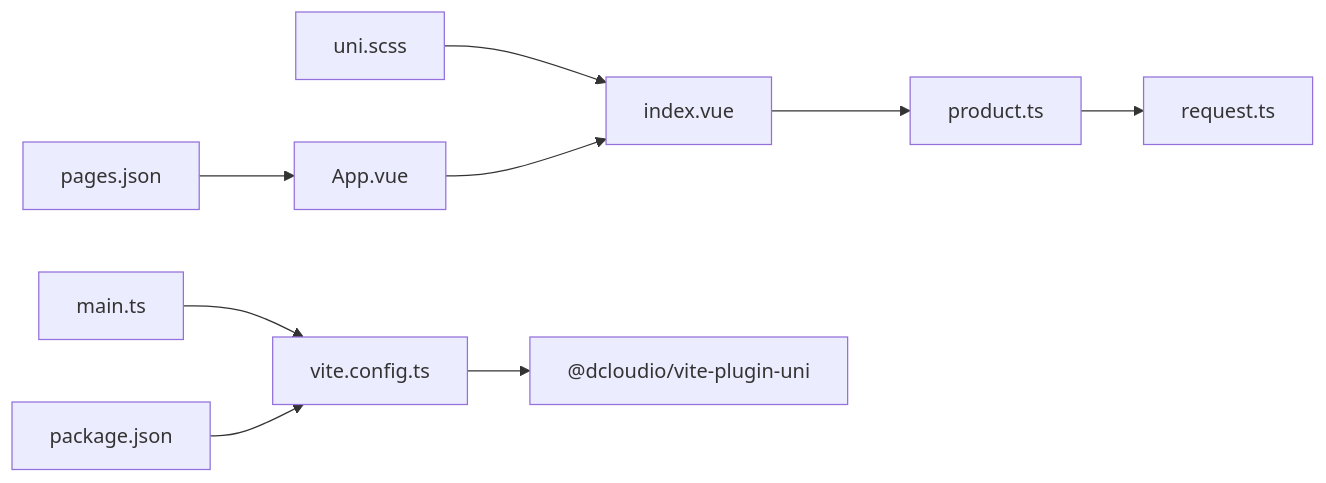
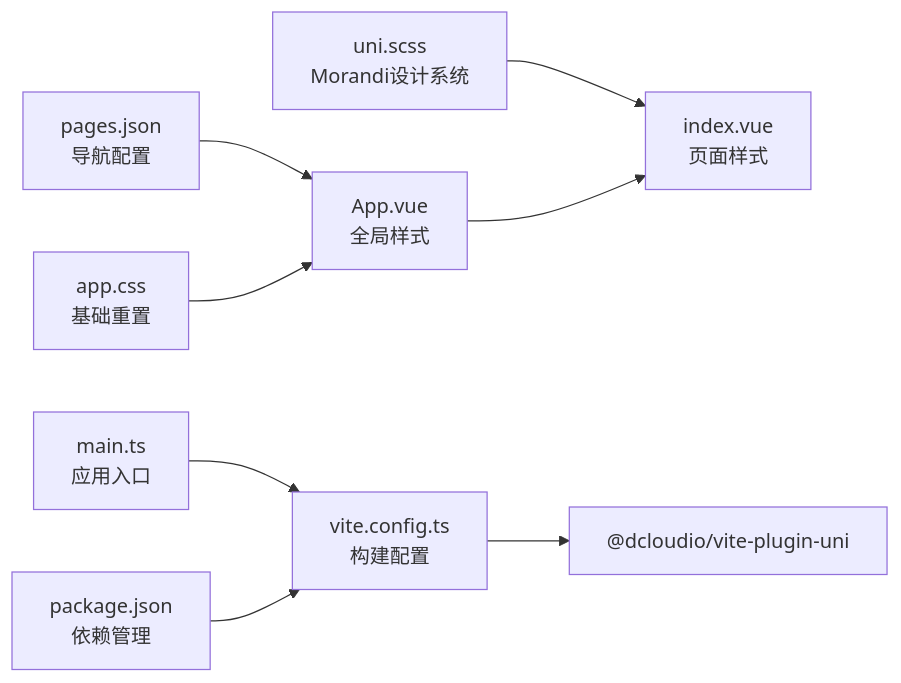
One commit to QtImM/wechatMiniprogram_Store changed the fourth of 4 diagrams in .qoder/repowiki/zh/content/前端架构设计/UI样式系统.md. Above: the diagram before and after it, drawn with Mermaid. The commit also changed other lines of this file and 41 other files, not shown here.

````diff
--- a/.qoder/repowiki/zh/content/前端架构设计/UI样式系统.md
+++ b/.qoder/repowiki/zh/content/前端架构设计/UI样式系统.md
@@ -174,11 +200,10 @@
 ```mermaid
 graph LR
-A["uni.scss"] --> B["index.vue"]
-C["App.vue"] --> B
-D["pages.json"] --> C
-E["main.ts"] --> F["vite.config.ts"]
-F --> G["@dcloudio/vite-plugin-uni"]
-H["package.json"] --> F
-B --> I["product.ts"]
-I --> J["request.ts"]
+A["uni.scss<br/>Morandi设计系统"] --> B["index.vue<br/>页面样式"]
+C["App.vue<br/>全局样式"] --> B
+D["pages.json<br/>导航配置"] --> C
+E["app.css<br/>基础重置"] --> C
+F["main.ts<br/>应用入口"] --> G["vite.config.ts<br/>构建配置"]
+G --> H["@dcloudio/vite-plugin-uni"]
+I["package.json<br/>依赖管理"] --> G
 ```
````
